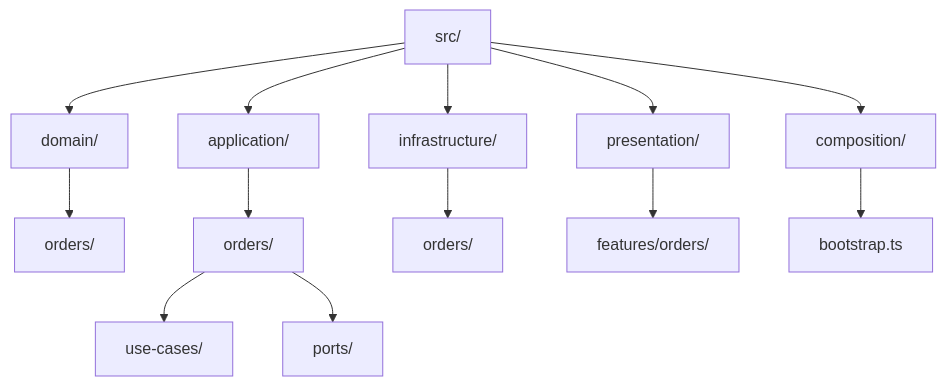
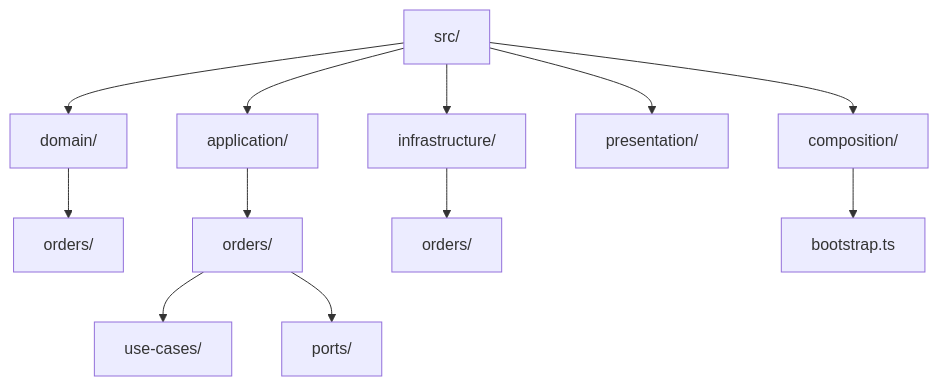
Before and after one commit to AndresTaoFlorez/software-architecture: the third of 6 diagrams in clean-architecture/README.md, drawn with Mermaid. The commit also changed other lines of this file and 43 other files, not shown here.

````diff
--- a/clean-architecture/README.md
+++ b/clean-architecture/README.md
@@ -127,17 +127,16 @@
 ```mermaid
 flowchart TD
     SRC["src/"]
     SRC --> D["domain/"]
     SRC --> A["application/"]
     SRC --> I["infrastructure/"]
     SRC --> P["presentation/"]
     SRC --> C["composition/"]
 
     D --> DO["orders/"]
     A --> AO["orders/"]
     AO --> AU["use-cases/"]
     AO --> AP["ports/"]
     I --> IO["orders/"]
-    P --> PF["features/orders/"]
     C --> CB["bootstrap.ts"]
 ```
````
